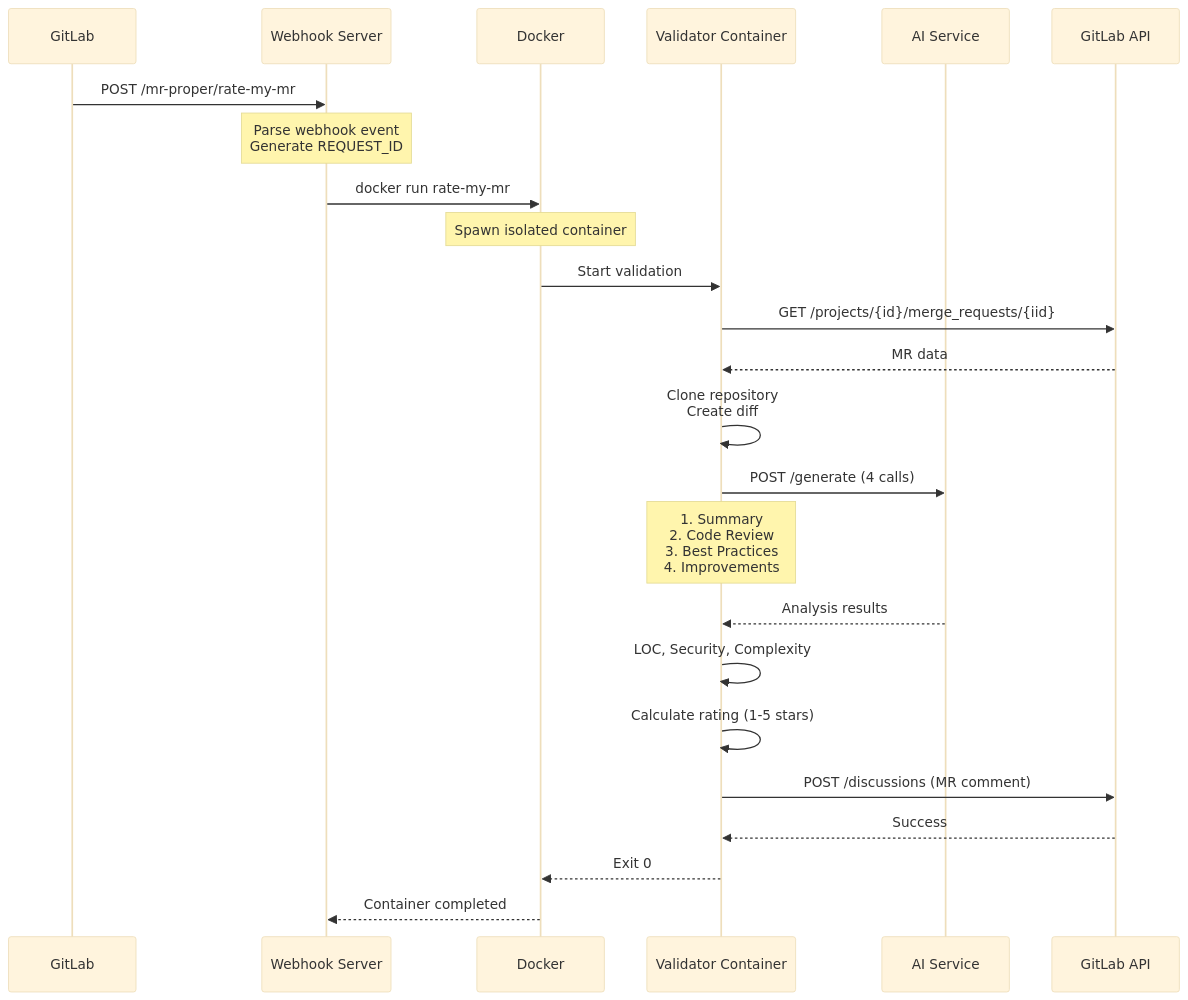
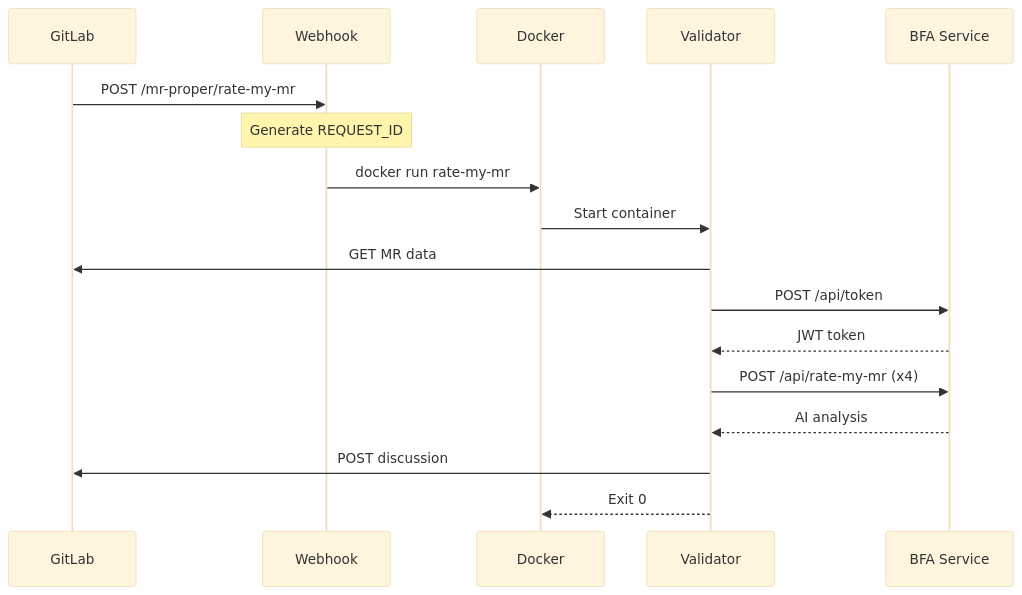
The second of 6 diagrams in ARCHITECTURE.md (vigneshpalanivelr/commit-validator), drawn with Mermaid (base theme) before and after one commit. The commit also changed other lines of this file and 7 other files, not shown here.

````diff
--- a/ARCHITECTURE.md
+++ b/ARCHITECTURE.md
@@ -217,27 +42,20 @@
 ```mermaid
 sequenceDiagram
     participant GL as GitLab
-    participant WH as Webhook Server
+    participant WH as Webhook
     participant DC as Docker
-    participant VC as Validator Container
-    participant AI as AI Service
-    participant GA as GitLab API
+    participant VA as Validator
+    participant BFA as BFA Service
 
     GL->>WH: POST /mr-proper/rate-my-mr
-    Note over WH: Parse webhook event<br/>Generate REQUEST_ID
+    Note over WH: Generate REQUEST_ID
     WH->>DC: docker run rate-my-mr
-    Note over DC: Spawn isolated container
-    DC->>VC: Start validation
-    VC->>GA: GET /projects/{id}/merge_requests/{iid}
-    GA-->>VC: MR data
-    VC->>VC: Clone repository<br/>Create diff
-    VC->>AI: POST /generate (4 calls)
-    Note over VC: 1. Summary<br/>2. Code Review<br/>3. Best Practices<br/>4. Improvements
-    AI-->>VC: Analysis results
-    VC->>VC: LOC, Security, Complexity
-    VC->>VC: Calculate rating (1-5 stars)
-    VC->>GA: POST /discussions (MR comment)
-    GA-->>VC: Success
-    VC-->>DC: Exit 0
-    DC-->>WH: Container completed
+    DC->>VA: Start container
+    VA->>GL: GET MR data
+    VA->>BFA: POST /api/token
+    BFA-->>VA: JWT token
+    VA->>BFA: POST /api/rate-my-mr (x4)
+    BFA-->>VA: AI analysis
+    VA->>GL: POST discussion
+    VA-->>DC: Exit 0
 ```
````
